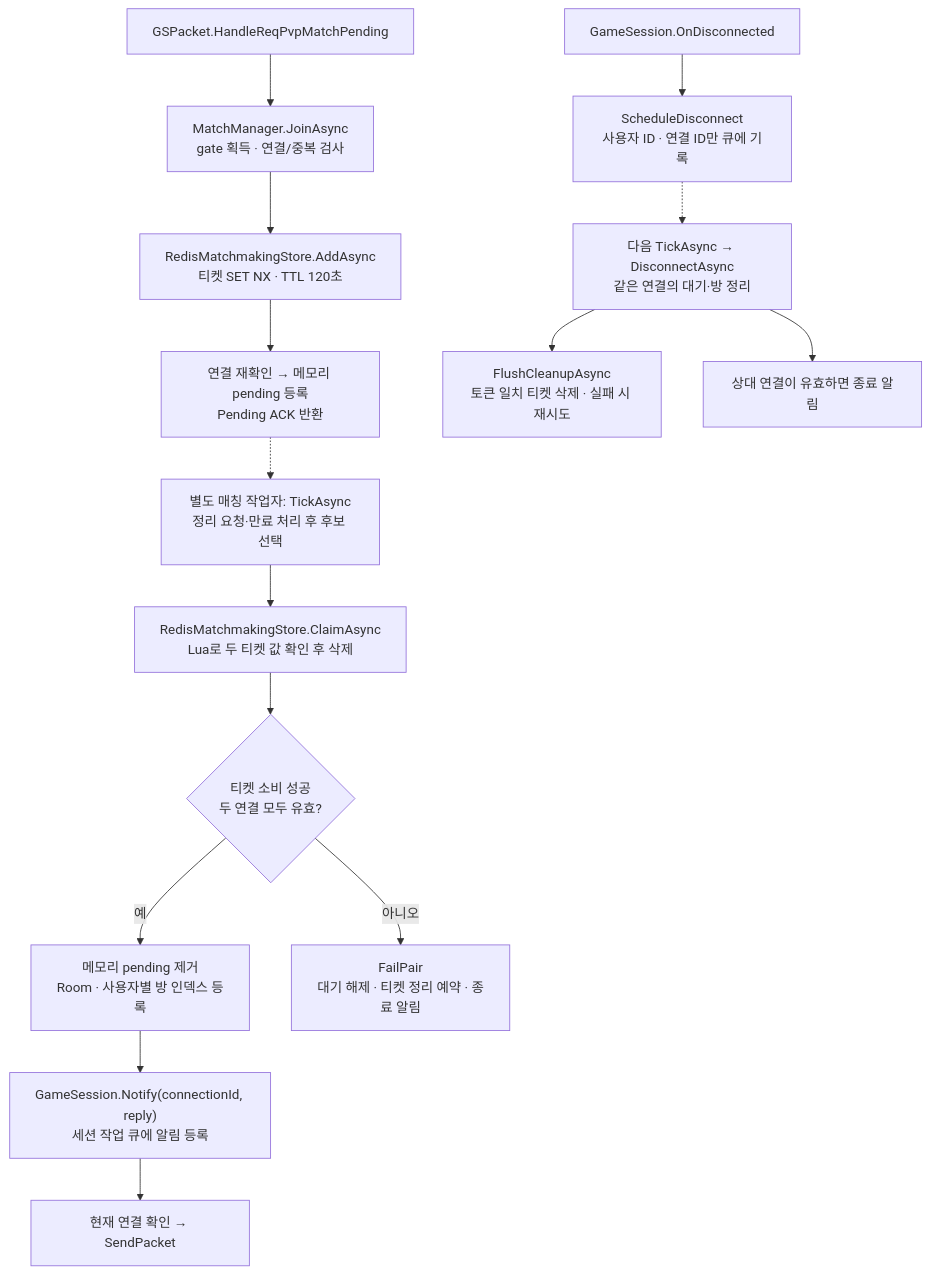
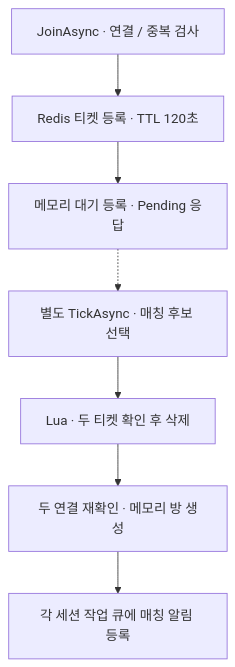
Before and after one commit to GodDongjin/CSharpServer_Portfolio: the fifth of 7 diagrams in docs/SERVER_ARCHITECTURE.md, drawn with Mermaid. The commit also changed other lines of this file, not shown here.

Commit message:
docs: improve readability of server call flow diagrams

````diff
--- a/docs/SERVER_ARCHITECTURE.md
+++ b/docs/SERVER_ARCHITECTURE.md
@@ -117,17 +155,9 @@
 ```mermaid
 flowchart TD
-    J["GSPacket.HandleReqPvpMatchPending"] --> M["MatchManager.JoinAsync<br/>gate 획득 · 연결/중복 검사"]
-    M --> R["RedisMatchmakingStore.AddAsync<br/>티켓 SET NX · TTL 120초"]
-    R --> P["연결 재확인 → 메모리 pending 등록<br/>Pending ACK 반환"]
-    P -.-> T["별도 매칭 작업자: TickAsync<br/>정리 요청·만료 처리 후 후보 선택"]
-    T --> C["RedisMatchmakingStore.ClaimAsync<br/>Lua로 두 티켓 값 확인 후 삭제"]
-    C --> OK{"티켓 소비 성공<br/>두 연결 모두 유효?"}
-    OK -->|예| Room["메모리 pending 제거<br/>Room · 사용자별 방 인덱스 등록"]
-    Room --> N["GameSession.Notify(connectionId, reply)<br/>세션 작업 큐에 알림 등록"]
-    N --> S["현재 연결 확인 → SendPacket"]
-    OK -->|아니오| Fail["FailPair<br/>대기 해제 · 티켓 정리 예약 · 종료 알림"]
-    D["GameSession.OnDisconnected"] --> Schedule["ScheduleDisconnect<br/>사용자 ID · 연결 ID만 큐에 기록"]
-    Schedule -.-> Next["다음 TickAsync → DisconnectAsync<br/>같은 연결의 대기·방 정리"]
-    Next --> Cleanup["FlushCleanupAsync<br/>토큰 일치 티켓 삭제 · 실패 시 재시도"]
-    Next --> Notify["상대 연결이 유효하면 종료 알림"]
+    A["JoinAsync · 연결 / 중복 검사"] --> B["Redis 티켓 등록 · TTL 120초"]
+    B --> C["메모리 대기 등록 · Pending 응답"]
+    C -.-> D["별도 TickAsync · 매칭 후보 선택"]
+    D --> E["Lua · 두 티켓 확인 후 삭제"]
+    E --> F["두 연결 재확인 · 메모리 방 생성"]
+    F --> G["각 세션 작업 큐에 매칭 알림 등록"]
 ```
````
